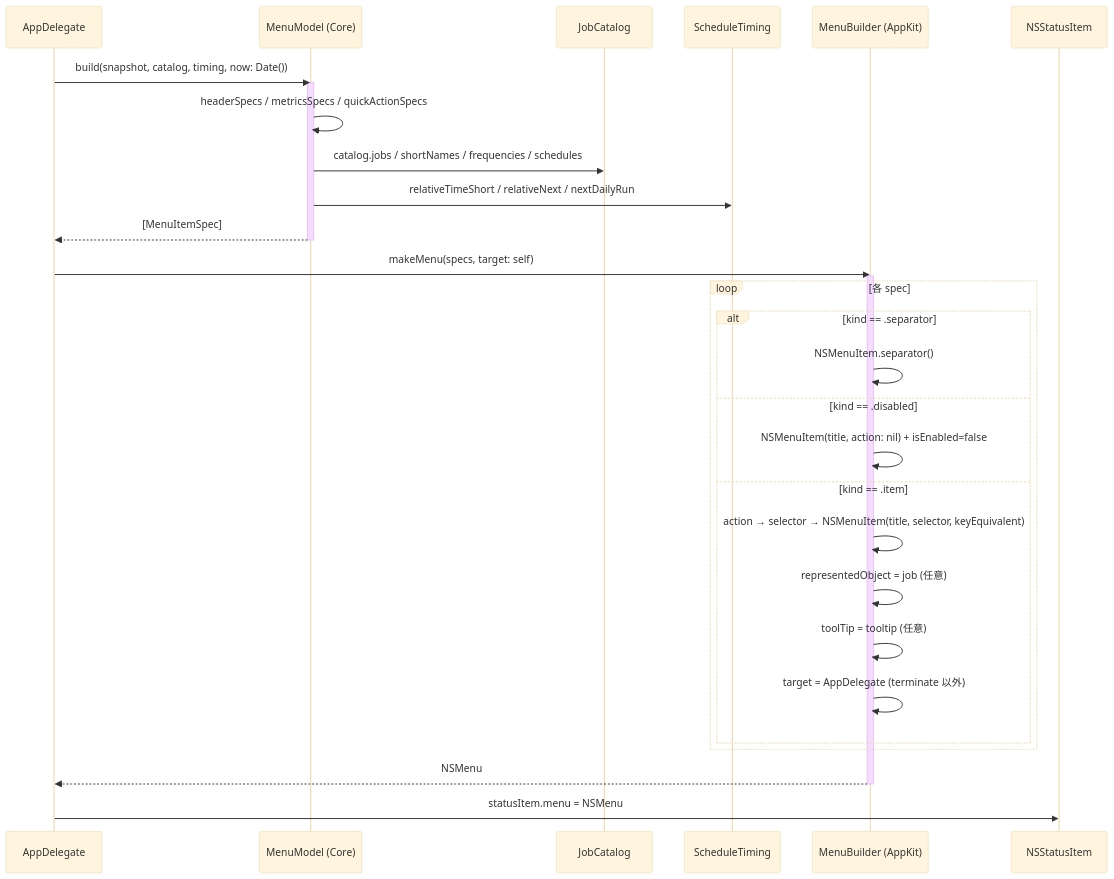
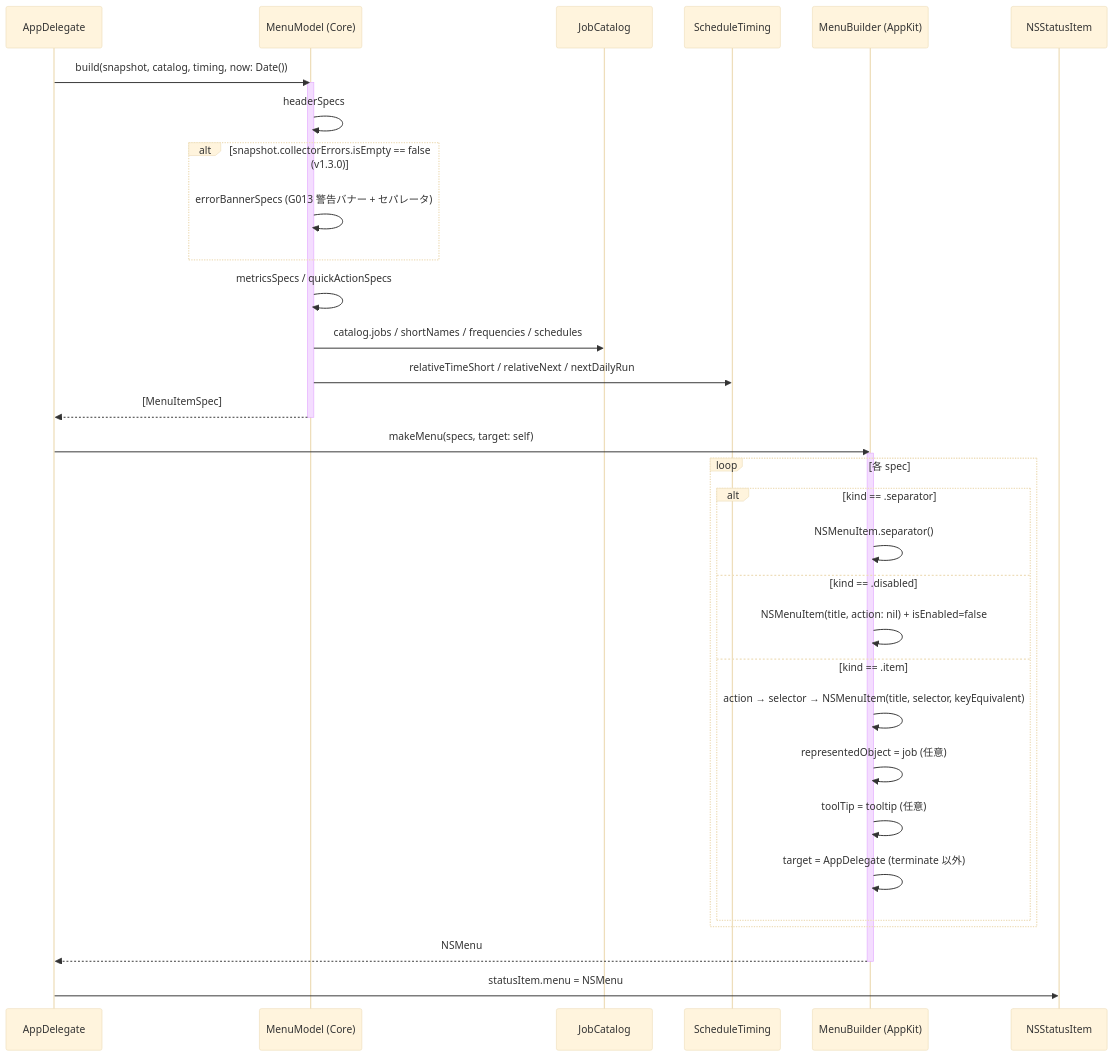
The diagram in docs/04_機能設計/メニューバー表示/README.md (RUA-PROM/mac-healh-keeper), drawn with Mermaid (base theme) before and after one commit. The commit also changed other lines of this file and 37 other files, not shown here.

````diff
--- a/docs/04_機能設計/メニューバー表示/README.md
+++ b/docs/04_機能設計/メニューバー表示/README.md
@@ -25,36 +25,40 @@
 ```mermaid
 sequenceDiagram
     participant AD as AppDelegate
     participant MM as MenuModel (Core)
     participant JC as JobCatalog
     participant ST as ScheduleTiming
     participant MB as MenuBuilder (AppKit)
     participant SI as NSStatusItem
 
     AD->>MM: build(snapshot, catalog, timing, now: Date())
     activate MM
-    MM->>MM: headerSpecs / metricsSpecs / quickActionSpecs
+    MM->>MM: headerSpecs
+    alt snapshot.collectorErrors.isEmpty == false (v1.3.0)
+        MM->>MM: errorBannerSpecs (G013 警告バナー + セパレータ)
+    end
+    MM->>MM: metricsSpecs / quickActionSpecs
     MM->>JC: catalog.jobs / shortNames / frequencies / schedules
     MM->>ST: relativeTimeShort / relativeNext / nextDailyRun
     MM-->>AD: [MenuItemSpec]
     deactivate MM
 
     AD->>MB: makeMenu(specs, target: self)
     activate MB
     loop 各 spec
         alt kind == .separator
             MB->>MB: NSMenuItem.separator()
         else kind == .disabled
             MB->>MB: NSMenuItem(title, action: nil) + isEnabled=false
         else kind == .item
             MB->>MB: action → selector → NSMenuItem(title, selector, keyEquivalent)
             MB->>MB: representedObject = job (任意)
             MB->>MB: toolTip = tooltip (任意)
             MB->>MB: target = AppDelegate (terminate 以外)
         end
     end
     MB-->>AD: NSMenu
     deactivate MB
 
     AD->>SI: statusItem.menu = NSMenu
 ```
````
